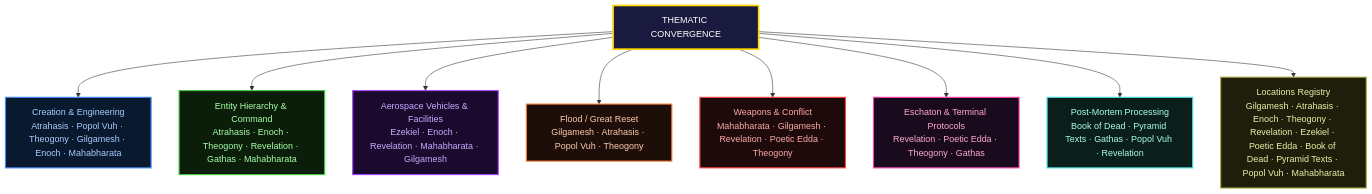
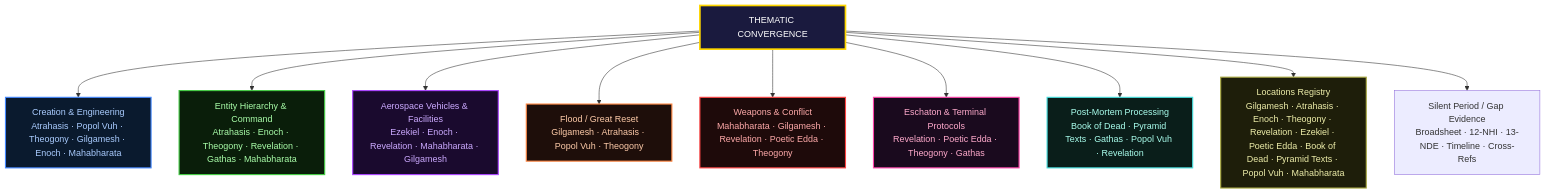
Before and after one commit to actual-designer/ancient-texts-research: the diagram in audit/10-correlation-map.md, drawn with Mermaid. The commit also changed other lines of this file and 14 other files, not shown here.

First line of the commit message:
feat(broadsheet): add celestial events gap-evidence synthesis (v0.9.0)

````diff
--- a/audit/10-correlation-map.md
+++ b/audit/10-correlation-map.md
@@ -413,22 +440,23 @@
 ```mermaid
 flowchart TD
     classDef center fill:#1a1a3e,stroke:#ffd700,stroke-width:3px,color:#fff
     classDef c1 fill:#0a1a2e,stroke:#4488ff,stroke-width:2px,color:#aaccff
     classDef c2 fill:#0a1e0a,stroke:#44cc44,stroke-width:2px,color:#aaffaa
     classDef c3 fill:#1a0a2e,stroke:#aa44ff,stroke-width:2px,color:#ccaaff
     classDef c4 fill:#1e0e0a,stroke:#ff8844,stroke-width:2px,color:#ffccaa
     classDef c5 fill:#1e0a0a,stroke:#ff4444,stroke-width:2px,color:#ffaaaa
     classDef c6 fill:#1a0a1e,stroke:#ff44aa,stroke-width:2px,color:#ffaacc
     classDef c7 fill:#0a1e1a,stroke:#44dddd,stroke-width:2px,color:#aaffee
     classDef c8 fill:#1e1e0a,stroke:#aaaa44,stroke-width:2px,color:#eeeeaa
 
     CENTER["THEMATIC CONVERGENCE"]:::center
     CENTER --> C1["Creation & Engineering<br/>Atrahasis · Popol Vuh · Theogony · Gilgamesh · Enoch · Mahabharata"]:::c1
     CENTER --> C2["Entity Hierarchy & Command<br/>Atrahasis · Enoch · Theogony · Revelation · Gathas · Mahabharata"]:::c2
     CENTER --> C3["Aerospace Vehicles & Facilities<br/>Ezekiel · Enoch · Revelation · Mahabharata · Gilgamesh"]:::c3
     CENTER --> C4["Flood / Great Reset<br/>Gilgamesh · Atrahasis · Popol Vuh · Theogony"]:::c4
     CENTER --> C5["Weapons & Conflict<br/>Mahabharata · Gilgamesh · Revelation · Poetic Edda · Theogony"]:::c5
     CENTER --> C6["Eschaton & Terminal Protocols<br/>Revelation · Poetic Edda · Theogony · Gathas"]:::c6
     CENTER --> C7["Post-Mortem Processing<br/>Book of Dead · Pyramid Texts · Gathas · Popol Vuh · Revelation"]:::c7
     CENTER --> C8["Locations Registry<br/>Gilgamesh · Atrahasis · Enoch · Theogony · Revelation · Ezekiel · Poetic Edda · Book of Dead · Pyramid Texts · Popol Vuh · Mahabharata"]:::c8
+    CENTER --> C9["Silent Period / Gap Evidence<br/>Broadsheet · 12-NHI · 13-NDE · Timeline · Cross-Refs"]:::c9
 ```
````
